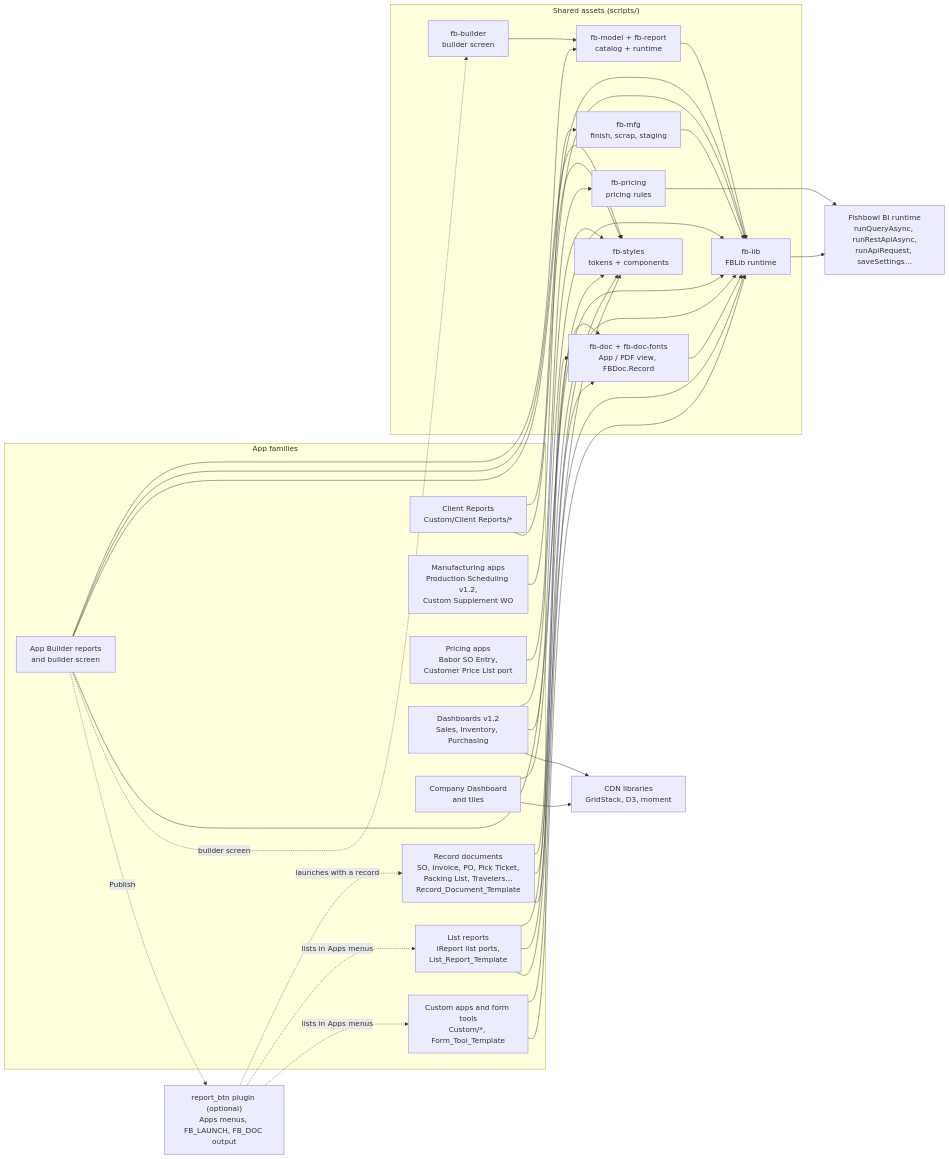
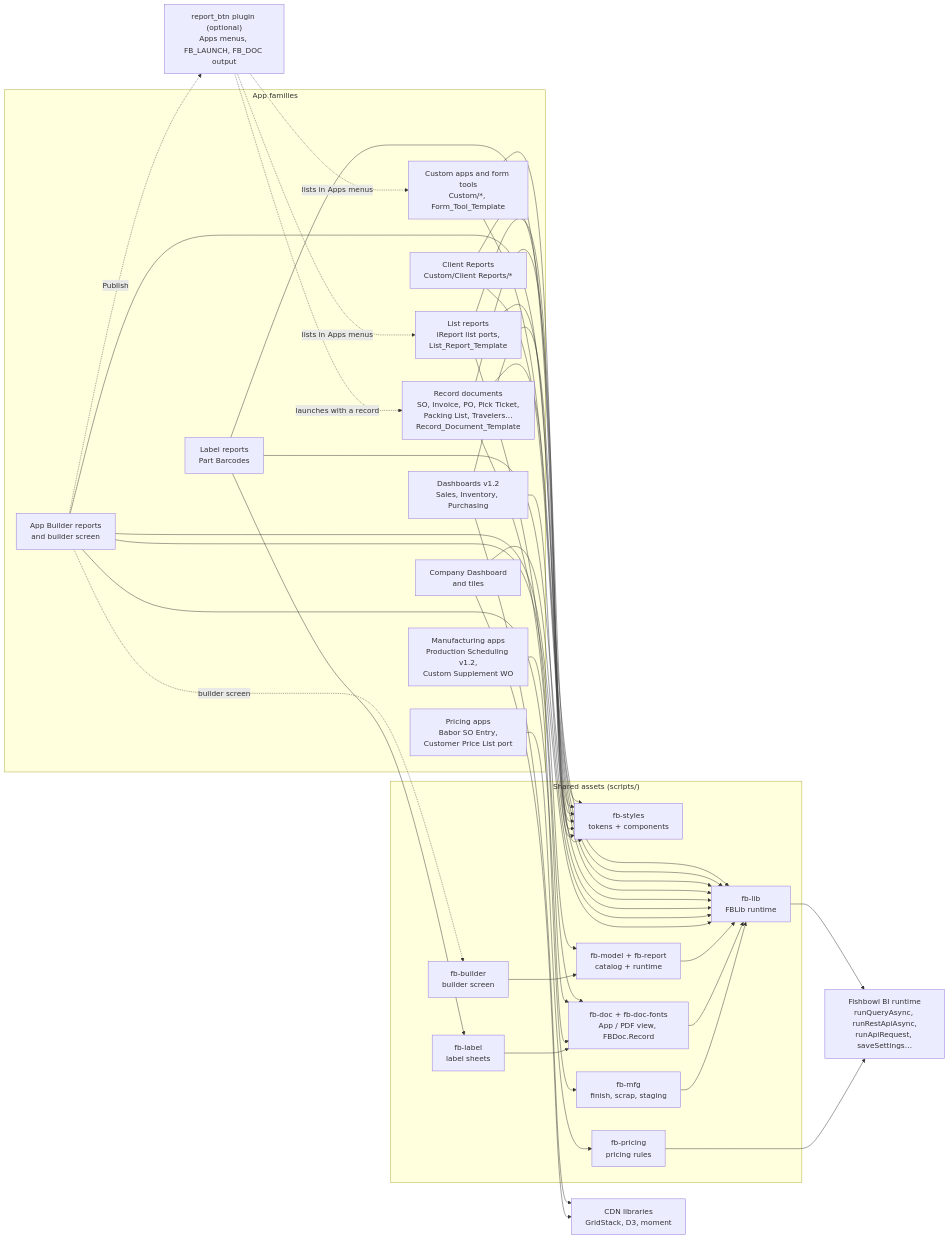
One commit to 0xAHA/FB_BI_Reports changed the diagram in README.md. Above: the diagram before and after it, drawn with Mermaid. The commit also changed other lines of this file and 73 other files, not shown here.

````diff
--- a/README.md
+++ b/README.md
@@ -59,50 +59,54 @@
 ```mermaid
 flowchart LR
     subgraph Apps["App families"]
         LIST["List reports<br/>iReport list ports,<br/>List_Report_Template"]
         REC["Record documents<br/>SO, Invoice, PO, Pick Ticket,<br/>Packing List, Travelers…<br/>Record_Document_Template"]
         CUST["Custom apps and form tools<br/>Custom/*, Form_Tool_Template"]
         CLIENT["Client Reports<br/>Custom/Client Reports/*"]
         MFG["Manufacturing apps<br/>Production Scheduling v1.2,<br/>Custom Supplement WO"]
+        LABELS["Label reports<br/>Part Barcodes"]
         PRICE["Pricing apps<br/>Babor SO Entry,<br/>Customer Price List port"]
         DASH["Dashboards v1.2<br/>Sales, Inventory, Purchasing"]
         TILES["Company Dashboard<br/>and tiles"]
         AB["App Builder reports<br/>and builder screen"]
     end
 
     subgraph Shared["Shared assets (scripts/)"]
         STY["fb-styles<br/>tokens + components"]
         LIB["fb-lib<br/>FBLib runtime"]
         DOC["fb-doc + fb-doc-fonts<br/>App / PDF view, FBDoc.Record"]
+        LBLJS["fb-label<br/>label sheets"]
         MFGJS["fb-mfg<br/>finish, scrap, staging"]
         PRJS["fb-pricing<br/>pricing rules"]
         MODEL["fb-model + fb-report<br/>catalog + runtime"]
         BLD["fb-builder<br/>builder screen"]
     end
 
     CDN["CDN libraries<br/>GridStack, D3, moment"]
     FB["Fishbowl BI runtime<br/>runQueryAsync, runRestApiAsync,<br/>runApiRequest, saveSettings…"]
     BTN["report_btn plugin (optional)<br/>Apps menus, FB_LAUNCH, FB_DOC output"]
 
     LIST --> STY & LIB & DOC
     REC --> STY & LIB & DOC
     CUST --> STY & LIB
     CLIENT --> STY & LIB
+    LABELS --> STY & LIB & LBLJS
     MFG --> MFGJS
     PRICE --> PRJS
     DASH --> STY & LIB & CDN
     TILES --> LIB & CDN
     AB --> MODEL & STY & LIB & DOC
     AB -. builder screen .-> BLD
 
     MODEL --> LIB
     BLD --> MODEL
     DOC --> LIB
     LIB --> FB
     MFGJS --> LIB
+    LBLJS --> DOC
     PRJS --> FB
 
     BTN -. launches with a record .-> REC
     BTN -. lists in Apps menus .-> LIST & CUST
     AB -. Publish .-> BTN
 ```
````
